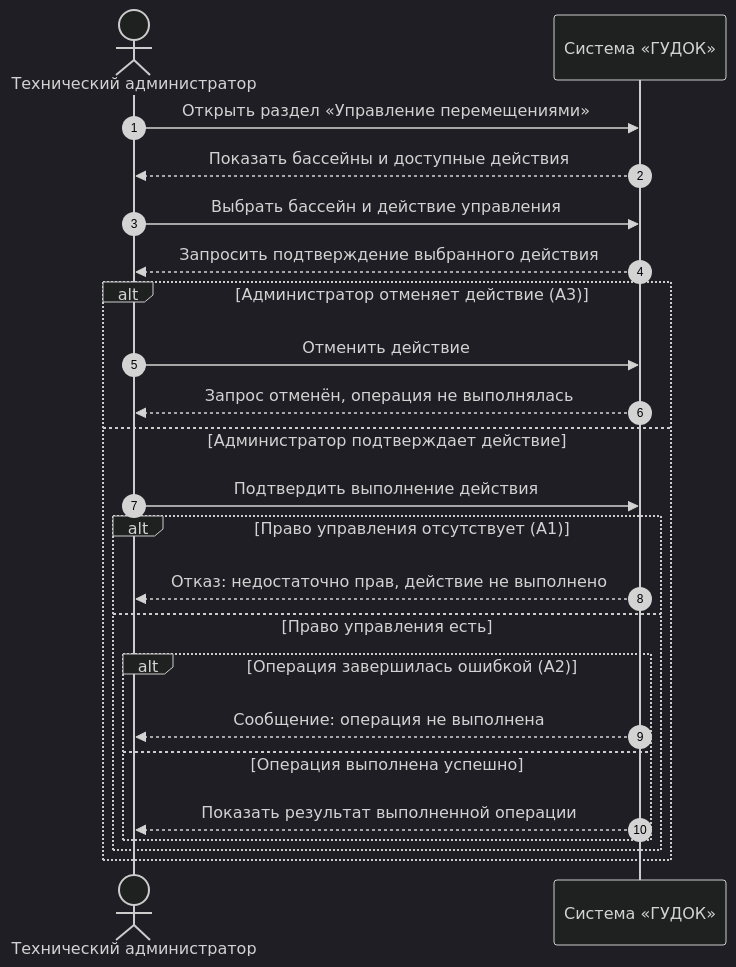
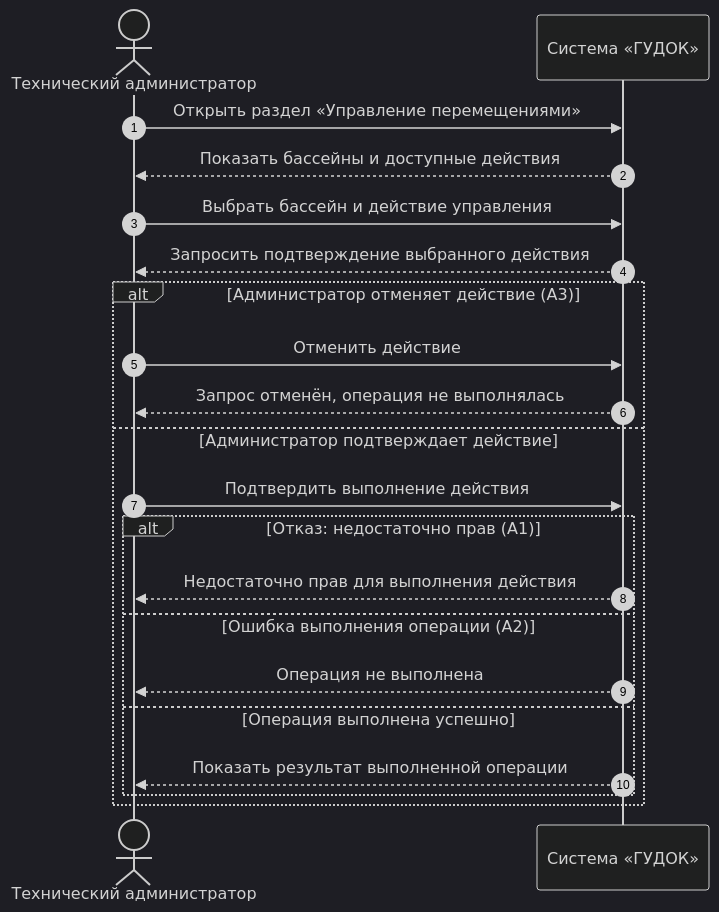
Before and after one commit to Fwor1d/FishPlanet: the diagram in docs/draw/sd-04.mmd, drawn with Mermaid (dark theme). The commit also changed 4 other files, not shown here.

```diff
--- a/docs/draw/sd-04.mmd
+++ b/docs/draw/sd-04.mmd
@@ -1,23 +1,21 @@
 sequenceDiagram
     autonumber
     actor Admin as Технический администратор
     participant System as Система «ГУДОК»
     Admin->>System: Открыть раздел «Управление перемещениями»
     System-->>Admin: Показать бассейны и доступные действия
     Admin->>System: Выбрать бассейн и действие управления
     System-->>Admin: Запросить подтверждение выбранного действия
     alt Администратор отменяет действие (А3)
         Admin->>System: Отменить действие
         System-->>Admin: Запрос отменён, операция не выполнялась
     else Администратор подтверждает действие
         Admin->>System: Подтвердить выполнение действия
-        alt Право управления отсутствует (А1)
-            System-->>Admin: Отказ: недостаточно прав, действие не выполнено
-        else Право управления есть
-            alt Операция завершилась ошибкой (А2)
-                System-->>Admin: Сообщение: операция не выполнена
-            else Операция выполнена успешно
-                System-->>Admin: Показать результат выполненной операции
-            end
+        alt Отказ: недостаточно прав (А1)
+            System-->>Admin: Недостаточно прав для выполнения действия
+        else Ошибка выполнения операции (А2)
+            System-->>Admin: Операция не выполнена
+        else Операция выполнена успешно
+            System-->>Admin: Показать результат выполненной операции
         end
     end
```
